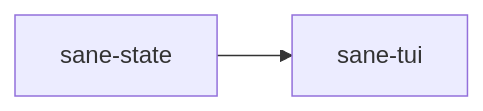
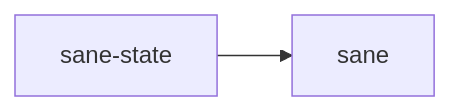
One commit to lammersbjorn/sane changed the diagram in crates/sane-state/README.md. Above: the diagram before and after it, drawn with Mermaid. The commit also changed other lines of this file and 14 other files, not shown here.

````diff
--- a/crates/sane-state/README.md
+++ b/crates/sane-state/README.md
@@ -24,4 +42,4 @@
 ```mermaid
 flowchart LR
-    S["sane-state"] --> T["sane-tui"]
+    S["sane-state"] --> T["sane"]
 ```
````
